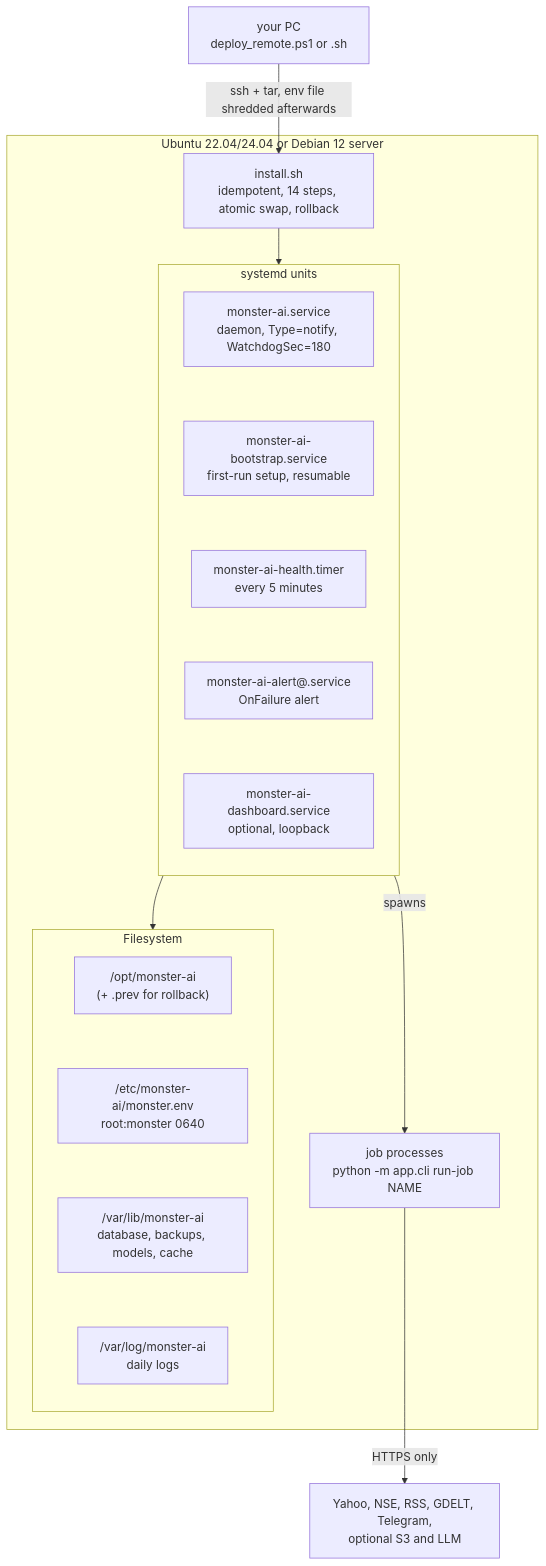
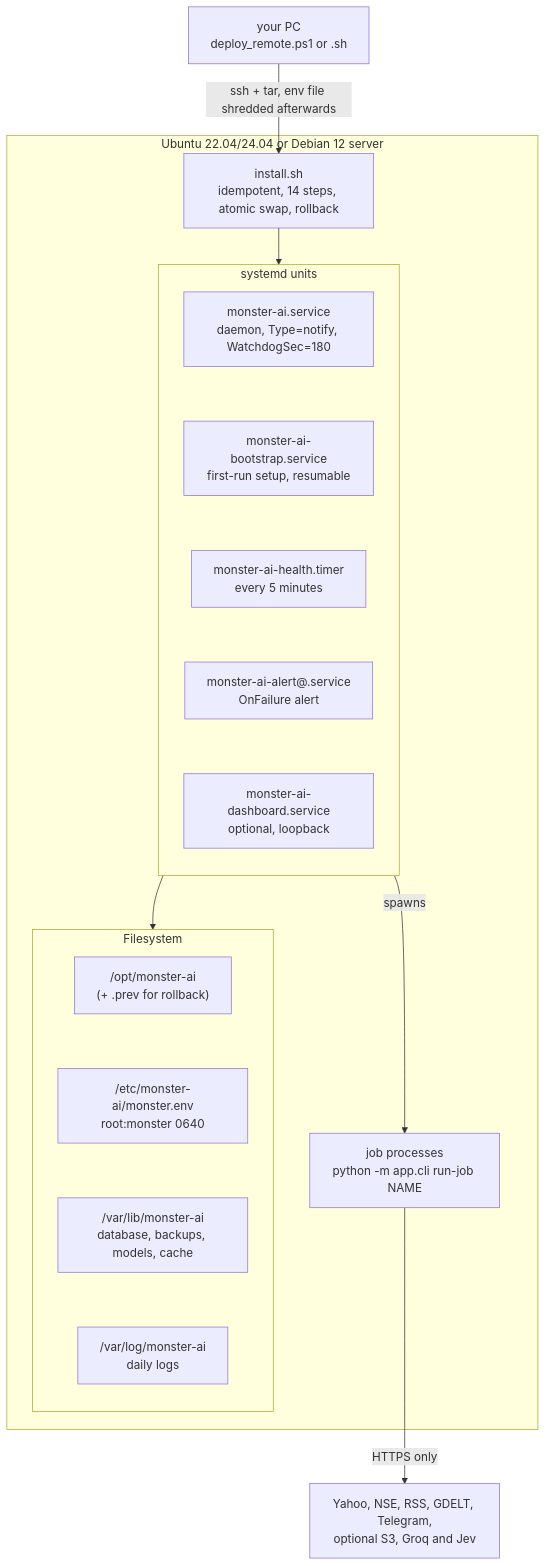
Before and after one commit to amansoni7477030/MonsterStock_AI: diagram 20 of 20 in MONSTER-AI/docs/ARCHITECTURE.md, drawn with Mermaid. The commit also changed other lines of this file and 6 other files, not shown here.

````diff
--- a/MONSTER-AI/docs/ARCHITECTURE.md
+++ b/MONSTER-AI/docs/ARCHITECTURE.md
@@ -725,19 +819,19 @@
 ```mermaid
 flowchart TB
     PC["your PC<br/>deploy_remote.ps1 or .sh"] -->|"ssh + tar, env file shredded afterwards"| INST
     subgraph SRV["Ubuntu 22.04/24.04 or Debian 12 server"]
         INST["install.sh<br/>idempotent, 14 steps, atomic swap, rollback"]
         subgraph SD["systemd units"]
             direction TB
             U1["monster-ai.service<br/>daemon, Type=notify, WatchdogSec=180"] ~~~ U2["monster-ai-bootstrap.service<br/>first-run setup, resumable"] ~~~ U3["monster-ai-health.timer<br/>every 5 minutes"] ~~~ U4["monster-ai-alert@.service<br/>OnFailure alert"] ~~~ U5["monster-ai-dashboard.service<br/>optional, loopback"]
         end
         subgraph FS["Filesystem"]
             direction TB
             OPT["/opt/monster-ai<br/>(+ .prev for rollback)"] ~~~ ETC["/etc/monster-ai/monster.env<br/>root:monster 0640"] ~~~ VAR["/var/lib/monster-ai<br/>database, backups, models, cache"] ~~~ LOGD["/var/log/monster-ai<br/>daily logs"]
         end
         INST --> SD
         SD --> FS
         U1 -->|"spawns"| JOBS["job processes<br/>python -m app.cli run-job NAME"]
     end
-    JOBS -->|"HTTPS only"| NET["Yahoo, NSE, RSS, GDELT, Telegram,<br/>optional S3 and LLM"]
+    JOBS -->|"HTTPS only"| NET["Yahoo, NSE, RSS, GDELT, Telegram,<br/>optional S3, Groq and Jev"]
 ```
````
